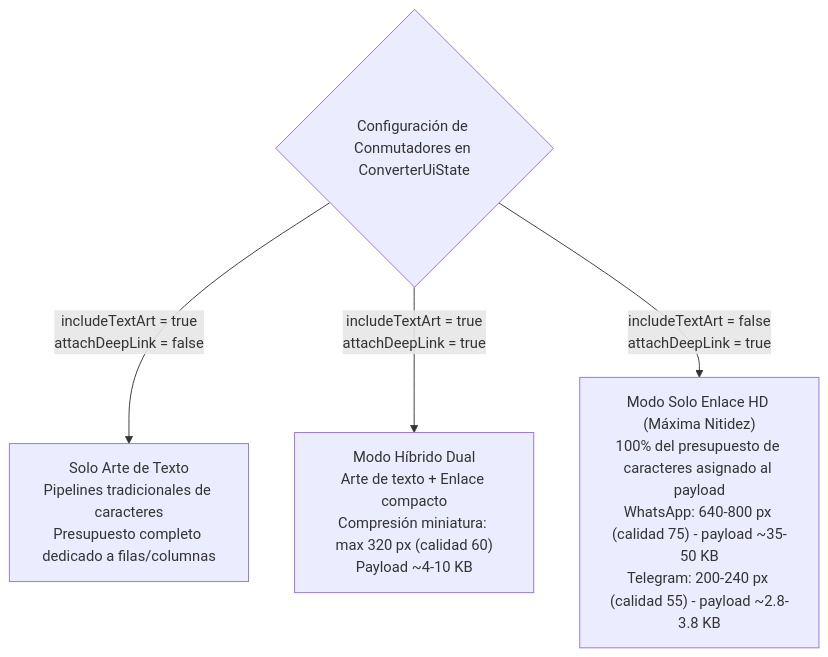
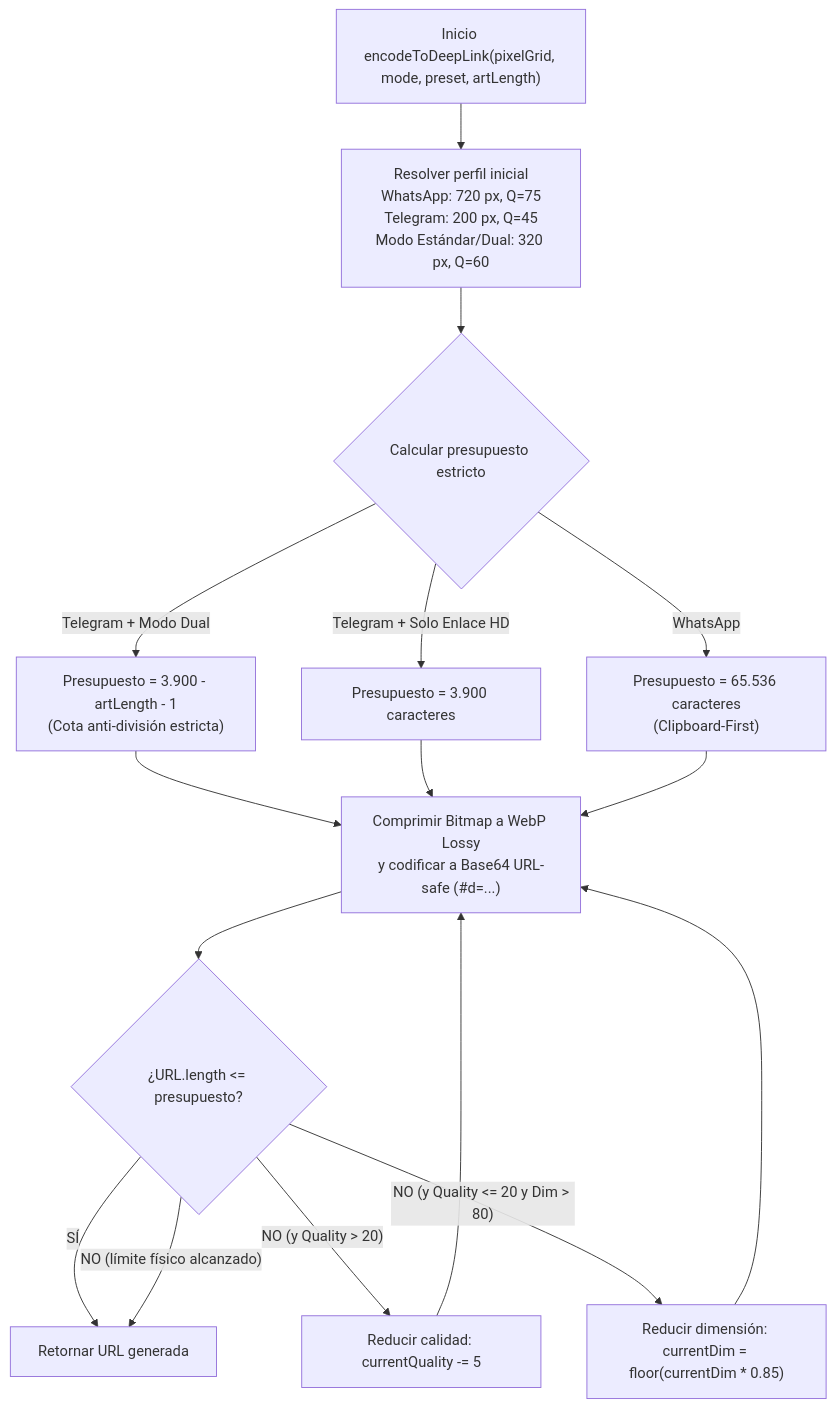
One commit to laralbir/img2asciiIM changed the seventh of 10 diagrams in docs/TECHNICAL_DEVELOPMENT.md. Above: the diagram before and after it, drawn with Mermaid. The commit also changed other lines of this file and 21 other files, not shown here.

Commit message:
fix(core): adapt deep links to message limits, WebP codec, app link intent, and clean empty state

````diff
--- a/docs/TECHNICAL_DEVELOPMENT.md
+++ b/docs/TECHNICAL_DEVELOPMENT.md
@@ -536,7 +542,18 @@
 ```mermaid
 flowchart TD
-    CONFIG{"Configuración de Conmutadores en ConverterUiState"}
-    CONFIG -->|"includeTextArt = true\nattachDeepLink = false"| C1["Solo Arte de Texto\nPipelines tradicionales de caracteres\nPresupuesto completo dedicado a filas/columnas"]
-    CONFIG -->|"includeTextArt = true\nattachDeepLink = true"| C2["Modo Híbrido Dual\nArte de texto + Enlace compacto\nCompresión miniatura: max 320 px (calidad 60)\nPayload ~4-10 KB"]
-    CONFIG -->|"includeTextArt = false\nattachDeepLink = true"| C3["Modo Solo Enlace HD (Máxima Nitidez)\n100% del presupuesto de caracteres asignado al payload\nWhatsApp: 640-800 px (calidad 75) - payload ~35-50 KB\nTelegram: 200-240 px (calidad 55) - payload ~2.8-3.8 KB"]
+    START["Inicio encodeToDeepLink(pixelGrid, mode, preset, artLength)"] --> RES["Resolver perfil inicial\nWhatsApp: 720 px, Q=75\nTelegram: 200 px, Q=45\nModo Estándar/Dual: 320 px, Q=60"]
+    RES --> CALC_BUDGET{"Calcular presupuesto estricto"}
+    CALC_BUDGET -->|"Telegram + Modo Dual"| B1["Presupuesto = 3.900 - artLength - 1\n(Cota anti-división estricta)"]
+    CALC_BUDGET -->|"Telegram + Solo Enlace HD"| B2["Presupuesto = 3.900 caracteres"]
+    CALC_BUDGET -->|"WhatsApp"| B3["Presupuesto = 65.536 caracteres\n(Clipboard-First)"]
+    B1 --> ENC["Comprimir Bitmap a WebP Lossy\ny codificar a Base64 URL-safe (#d=...)"]
+    B2 --> ENC
+    B3 --> ENC
+    ENC --> CHECK{"¿URL.length <= presupuesto?"}
+    CHECK -- "SÍ" --> RETURN["Retornar URL generada"]
+    CHECK -- "NO (y Quality > 20)" --> RED_Q["Reducir calidad: currentQuality -= 5"]
+    RED_Q --> ENC
+    CHECK -- "NO (y Quality <= 20 y Dim > 80)" --> RED_DIM["Reducir dimensión: currentDim = floor(currentDim * 0.85)"]
+    RED_DIM --> ENC
+    CHECK -- "NO (límite físico alcanzado)" --> RETURN
 ```
````
